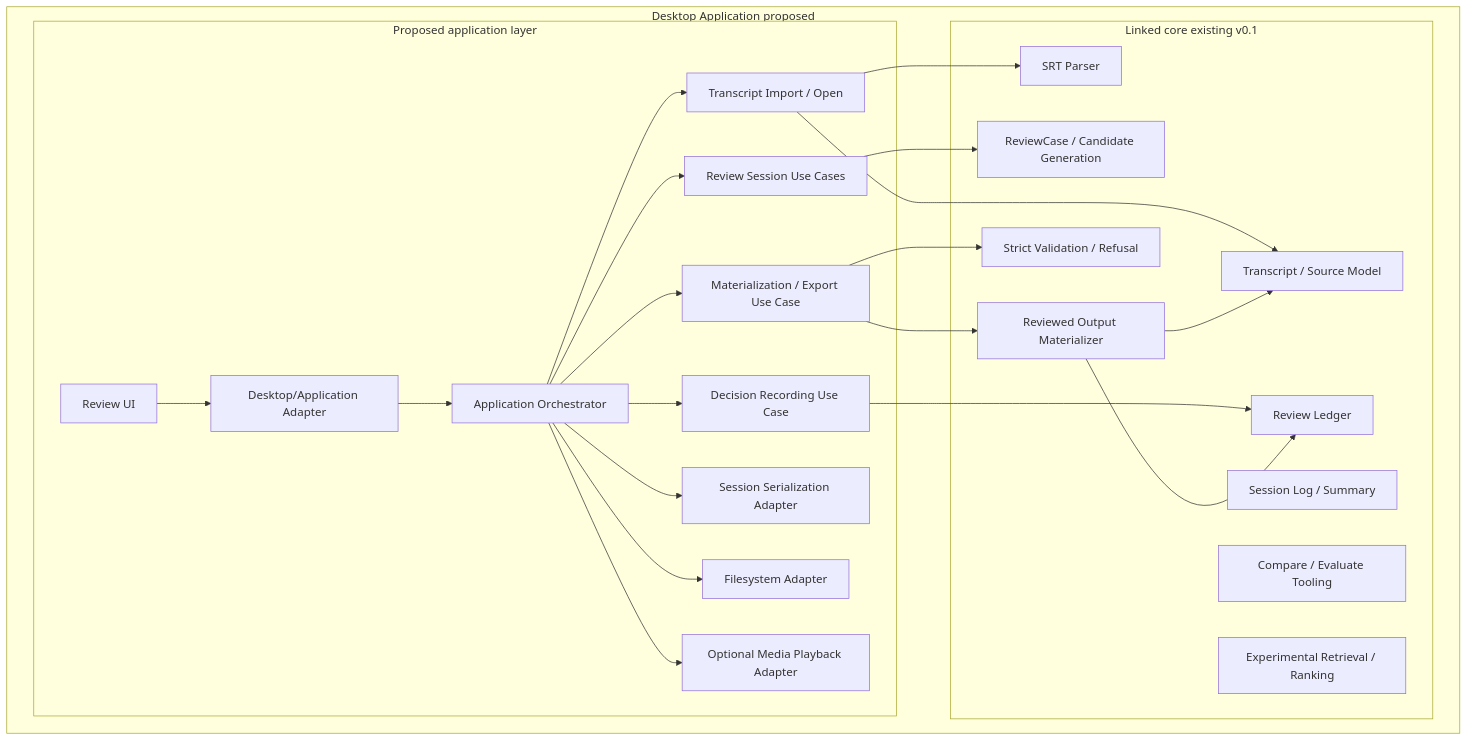
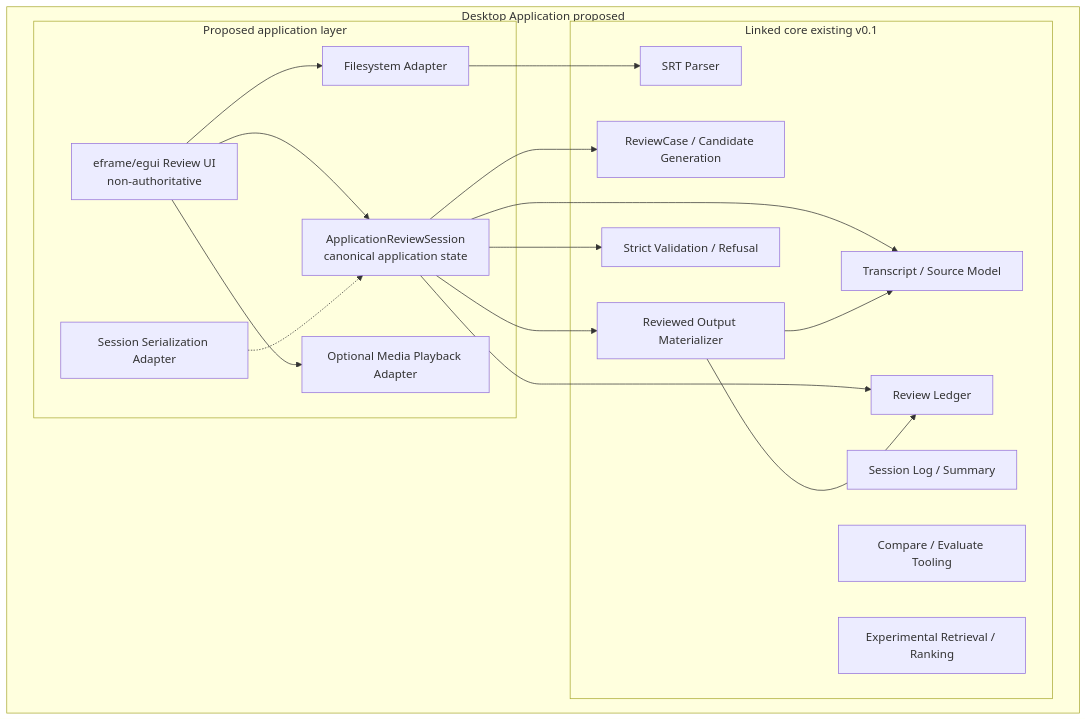
Before and after one commit to qwertyboy0325/vox-proof: the fourth of 4 diagrams in docs/architecture/v0.2-c4-architecture.md, drawn with Mermaid. The commit also changed other lines of this file and 5 other files, not shown here.

````diff
--- a/docs/architecture/v0.2-c4-architecture.md
+++ b/docs/architecture/v0.2-c4-architecture.md
@@ -191,47 +191,37 @@
 ```mermaid
 flowchart TB
   subgraph desktop["Desktop Application proposed"]
     subgraph proposed["Proposed application layer"]
-      reviewUI["Review UI"]
-      appAdapter["Desktop/Application Adapter"]
-      orchestrator["Application Orchestrator"]
-      openUC["Transcript Import / Open"]
-      sessionUC["Review Session Use Cases"]
-      decisionUC["Decision Recording Use Case"]
-      materializeUC["Materialization / Export Use Case"]
+      reviewUI["eframe/egui Review UI<br/>non-authoritative"]
+      appSession["ApplicationReviewSession<br/>canonical application state"]
       sessionSer["Session Serialization Adapter"]
       fsAdapter["Filesystem Adapter"]
       mediaAdapter["Optional Media Playback Adapter"]
     end
 
     subgraph core["Linked core existing v0.1"]
       srtParser["SRT Parser"]
       transcript["Transcript / Source Model"]
       detectors["ReviewCase / Candidate Generation"]
       ledger["Review Ledger"]
       materializer["Reviewed Output Materializer"]
       validation["Strict Validation / Refusal"]
       sessionLog["Session Log / Summary"]
       compareEval["Compare / Evaluate Tooling"]
       experimental["Experimental Retrieval / Ranking"]
     end
   end
 
-  reviewUI --> appAdapter
-  appAdapter --> orchestrator
-  orchestrator --> openUC
-  orchestrator --> sessionUC
-  orchestrator --> decisionUC
-  orchestrator --> materializeUC
-  openUC --> srtParser
-  openUC --> transcript
-  sessionUC --> detectors
-  decisionUC --> ledger
-  materializeUC --> materializer
-  materializeUC --> validation
-  orchestrator --> sessionSer
-  orchestrator --> fsAdapter
-  orchestrator --> mediaAdapter
+  reviewUI --> appSession
+  reviewUI --> fsAdapter
+  reviewUI --> mediaAdapter
+  fsAdapter --> srtParser
+  appSession --> transcript
+  appSession --> detectors
+  appSession --> ledger
+  appSession --> materializer
+  appSession --> validation
+  sessionSer -.-> appSession
   materializer --> ledger
   materializer --> transcript
 ```
````
